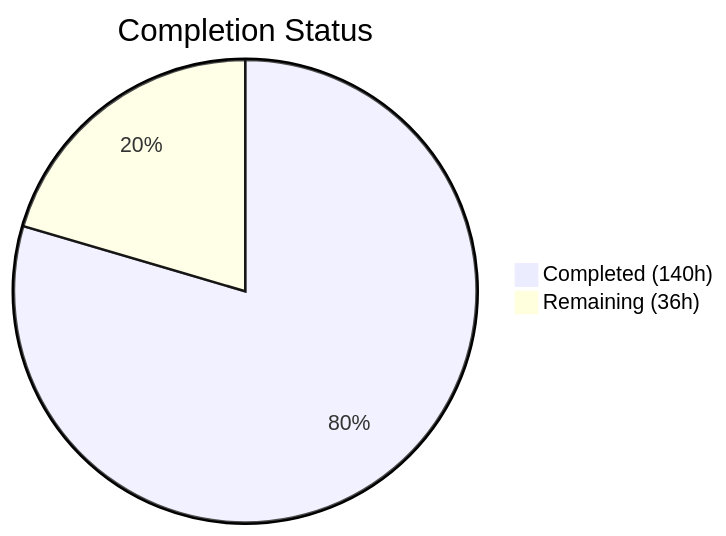
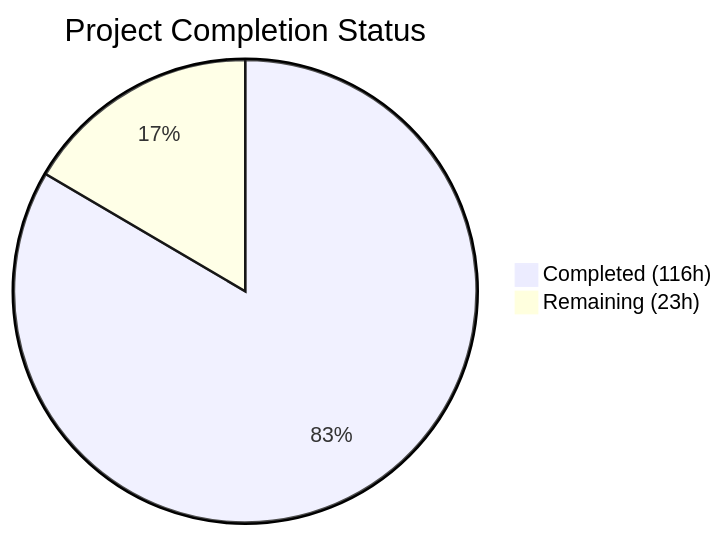
One commit to Blitzy-Sandbox/blitzy-cal changed the first of 2 diagrams in blitzy/documentation/Project Guide.md. Above: the diagram before and after it, drawn with Mermaid. The commit also changed other lines of this file, not shown here.

Commit message:
Adding Blitzy Project Guide: Project Status and Human Tasks Remaining

````diff
--- a/blitzy/documentation/Project Guide.md
+++ b/blitzy/documentation/Project Guide.md
@@ -13,5 +13,5 @@
 ```mermaid
-pie title Completion Status
-    "Completed (140h)" : 140
-    "Remaining (36h)" : 36
+pie title Project Completion Status
+    "Completed (116h)" : 116
+    "Remaining (23h)" : 23
 ```
````
